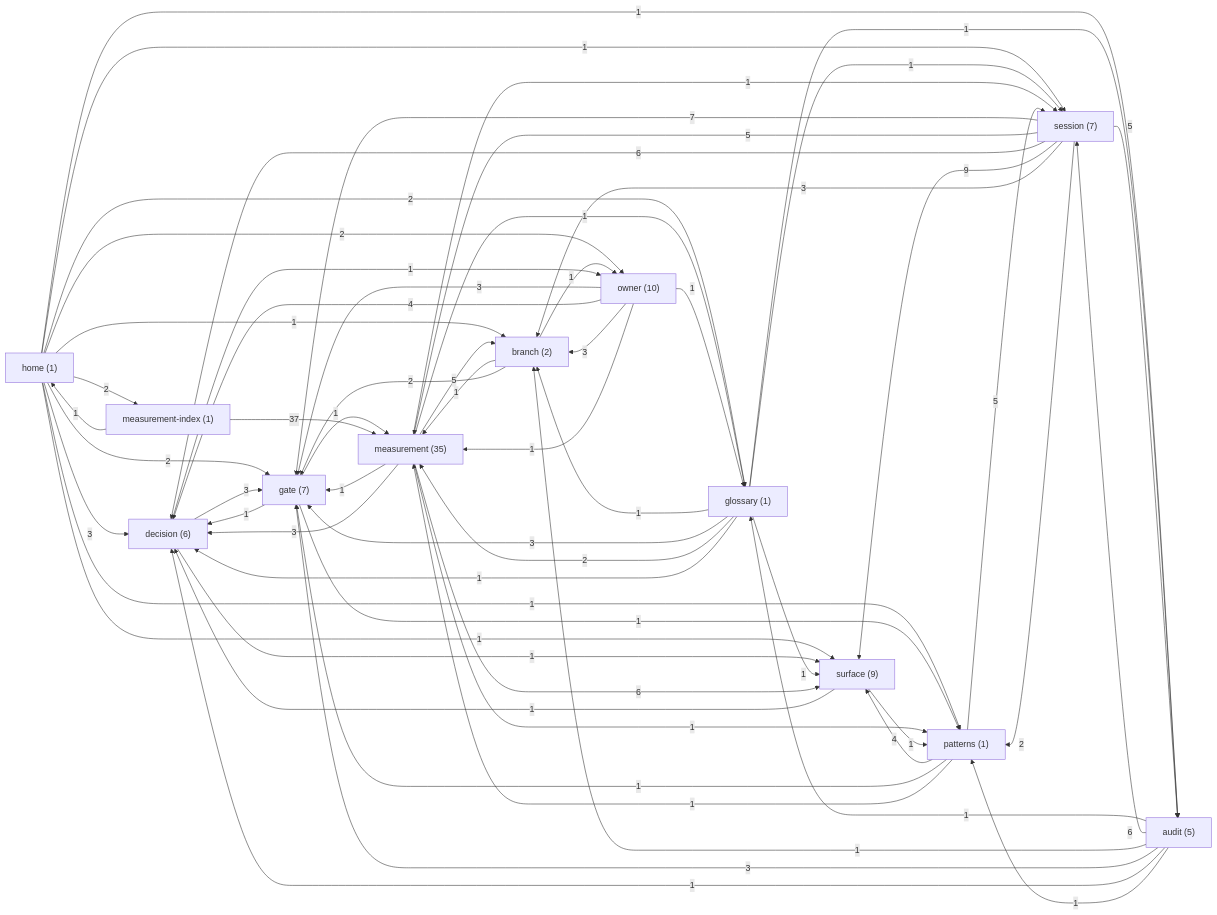
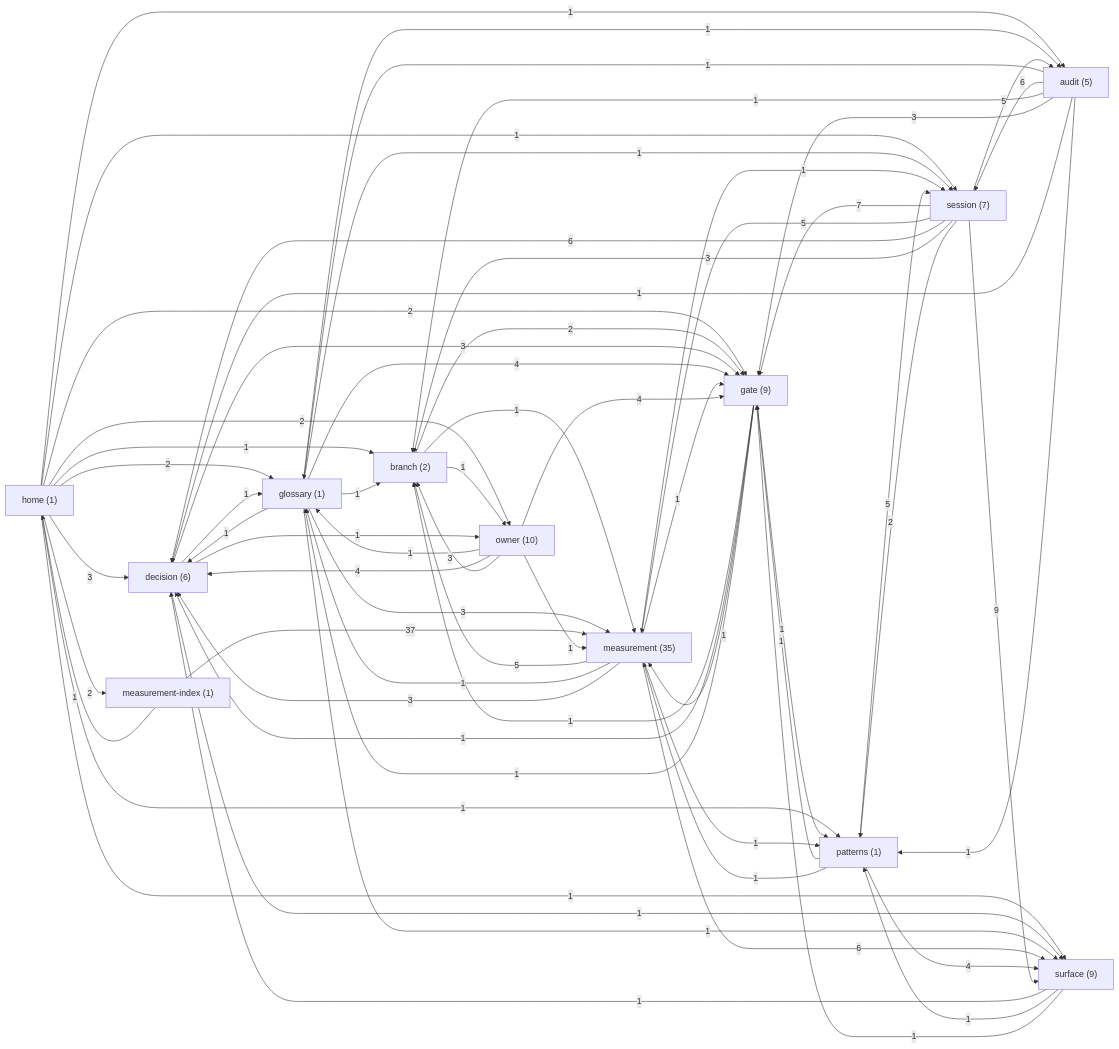
The diagram in docs/brain/GRAPH.md (sergey9519546/STORYMACHINE), drawn with Mermaid before and after one commit. The commit also changed other lines of this file and 15 other files, not shown here.

````diff
--- a/docs/brain/GRAPH.md
+++ b/docs/brain/GRAPH.md
@@ -9,74 +9,78 @@
 ```mermaid
 graph LR
   home["home (1)"]
   audit["audit (5)"]
   branch["branch (2)"]
   decision["decision (6)"]
-  gate["gate (7)"]
+  gate["gate (9)"]
   glossary["glossary (1)"]
   measurement["measurement (35)"]
   measurement_index["measurement-index (1)"]
   owner["owner (10)"]
   patterns["patterns (1)"]
   session["session (7)"]
   surface["surface (9)"]
   home -->|3| decision
   home -->|2| glossary
   home -->|2| gate
   home -->|2| measurement_index
   home -->|2| owner
   home -->|1| surface
   home -->|1| session
   home -->|1| audit
   home -->|1| branch
   home -->|1| patterns
   audit -->|1| glossary
   audit -->|6| session
   audit -->|1| branch
   audit -->|3| gate
   audit -->|1| decision
   audit -->|1| patterns
   branch -->|1| measurement
   branch -->|2| gate
   branch -->|1| owner
+  decision -->|1| glossary
   decision -->|3| gate
   decision -->|1| surface
   decision -->|1| owner
+  gate -->|1| branch
   gate -->|1| decision
   gate -->|1| measurement
   gate -->|1| patterns
+  gate -->|1| glossary
   glossary -->|1| branch
+  glossary -->|3| measurement
   glossary -->|1| surface
-  glossary -->|3| gate
-  glossary -->|2| measurement
+  glossary -->|4| gate
   glossary -->|1| session
   glossary -->|1| decision
   glossary -->|1| audit
   measurement -->|5| branch
   measurement -->|1| gate
   measurement -->|1| glossary
   measurement -->|1| session
   measurement -->|3| decision
   measurement -->|1| patterns
   measurement -->|6| surface
   measurement_index -->|1| home
   measurement_index -->|37| measurement
-  owner -->|3| gate
+  owner -->|4| gate
   owner -->|1| glossary
   owner -->|4| decision
   owner -->|3| branch
   owner -->|1| measurement
   patterns -->|5| session
   patterns -->|4| surface
   patterns -->|1| gate
   patterns -->|1| measurement
   session -->|7| gate
   session -->|5| audit
   session -->|5| measurement
   session -->|6| decision
   session -->|9| surface
   session -->|3| branch
   session -->|2| patterns
   surface -->|1| decision
   surface -->|1| patterns
+  surface -->|1| gate
 ```
````
